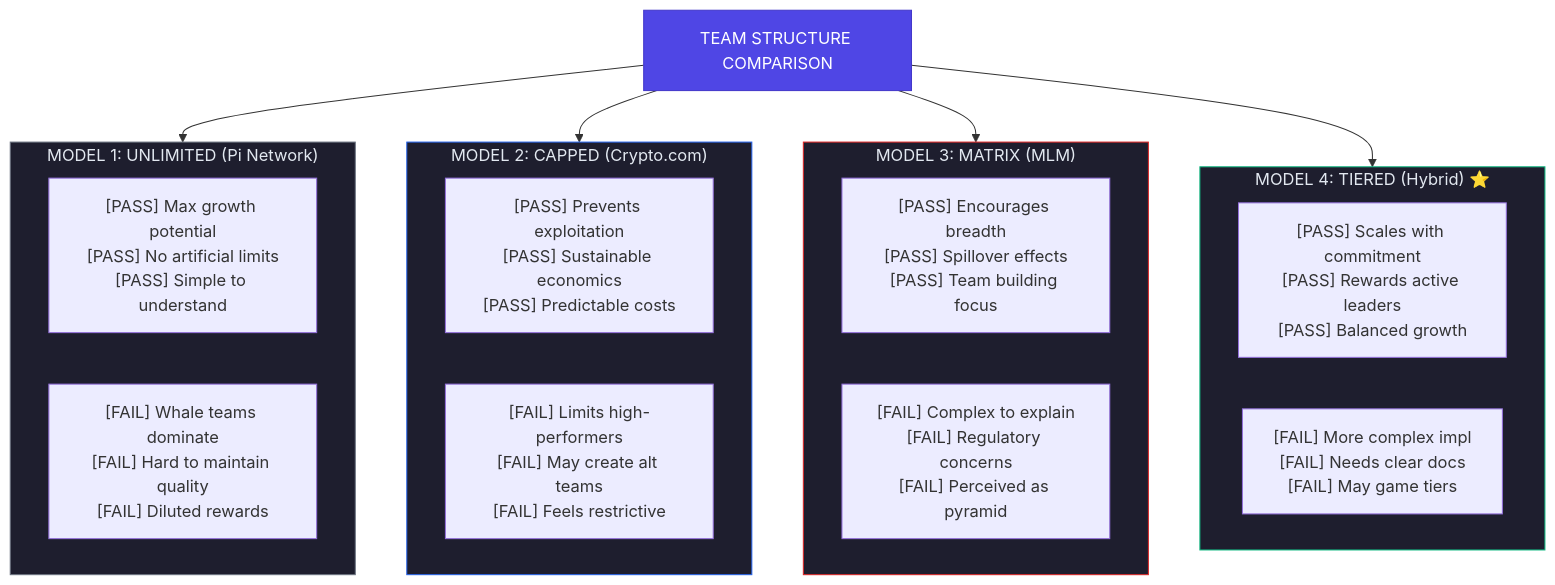
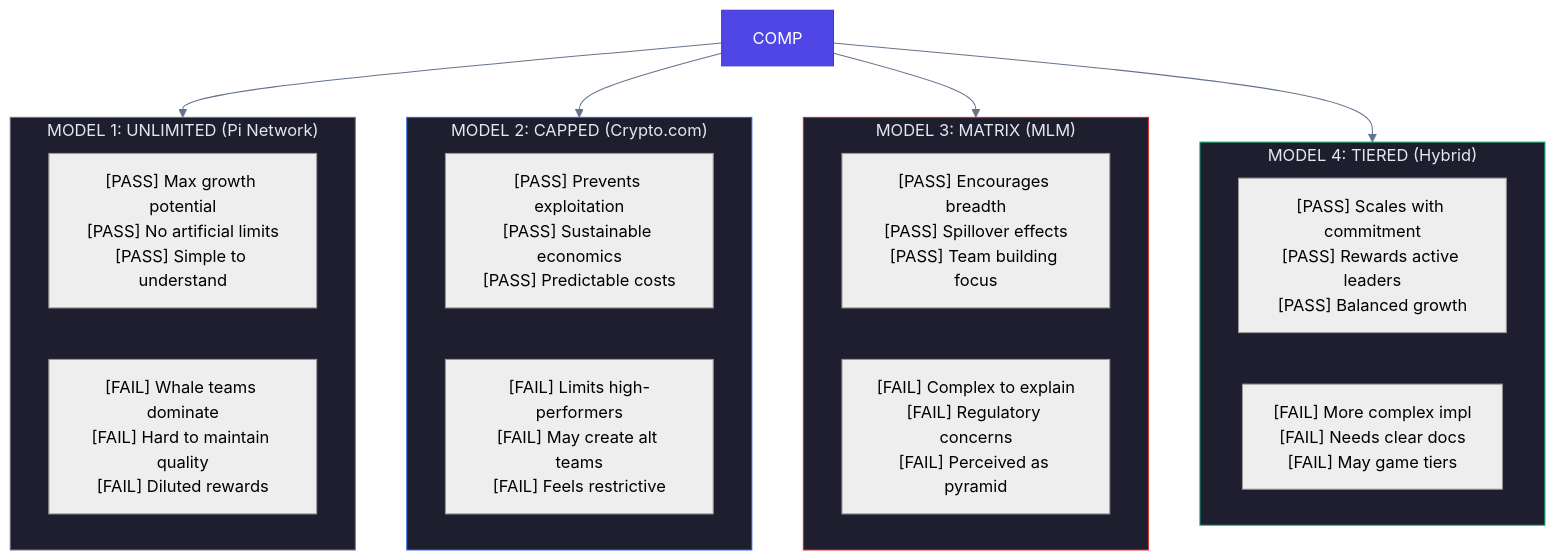
Before and after one commit to guglxni/the-fixer-hook: the fifth of 11 diagrams in docs/MARKET_SENTIMENT_ANALYSIS.md, drawn with Mermaid. The commit also changed other lines of this file and 514 other files, not shown here.

Commit message:
Clean docs: remove emojis, add professional mermaid styling

````diff
--- a/docs/MARKET_SENTIMENT_ANALYSIS.md
+++ b/docs/MARKET_SENTIMENT_ANALYSIS.md
@@ -218,34 +207,29 @@
 ```mermaid
+%%{init: {'theme': 'neutral', 'themeVariables': { 'primaryColor': '#2563eb', 'primaryTextColor': '#1e293b', 'primaryBorderColor': '#3b82f6', 'lineColor': '#64748b', 'secondaryColor': '#f1f5f9', 'tertiaryColor': '#e2e8f0'}}}%%
 flowchart TD
-    COMP["TEAM STRUCTURE COMPARISON"]
     COMP --> M1
     COMP --> M2
     COMP --> M3
     COMP --> M4
-
     subgraph M1["MODEL 1: UNLIMITED (Pi Network)"]
         M1P["[PASS] Max growth potential\n[PASS] No artificial limits\n[PASS] Simple to understand"]
         M1C["[FAIL] Whale teams dominate\n[FAIL] Hard to maintain quality\n[FAIL] Diluted rewards"]
     end
-
     subgraph M2["MODEL 2: CAPPED (Crypto.com)"]
         M2P["[PASS] Prevents exploitation\n[PASS] Sustainable economics\n[PASS] Predictable costs"]
         M2C["[FAIL] Limits high-performers\n[FAIL] May create alt teams\n[FAIL] Feels restrictive"]
     end
-
     subgraph M3["MODEL 3: MATRIX (MLM)"]
         M3P["[PASS] Encourages breadth\n[PASS] Spillover effects\n[PASS] Team building focus"]
         M3C["[FAIL] Complex to explain\n[FAIL] Regulatory concerns\n[FAIL] Perceived as pyramid"]
     end
-
-    subgraph M4["MODEL 4: TIERED (Hybrid) ⭐"]
+    subgraph M4["MODEL 4: TIERED (Hybrid) "]
         M4P["[PASS] Scales with commitment\n[PASS] Rewards active leaders\n[PASS] Balanced growth"]
         M4C["[FAIL] More complex impl\n[FAIL] Needs clear docs\n[FAIL] May game tiers"]
     end
-
     style COMP fill:#4F46E5,color:#FFFFFF,stroke:#4338CA
     style M1 fill:#1E1E2E,color:#E2E8F0,stroke:#6B7280
     style M2 fill:#1E1E2E,color:#E2E8F0,stroke:#2563EB
     style M3 fill:#1E1E2E,color:#E2E8F0,stroke:#DC2626
     style M4 fill:#1E1E2E,color:#E2E8F0,stroke:#10B981
 ```
````
